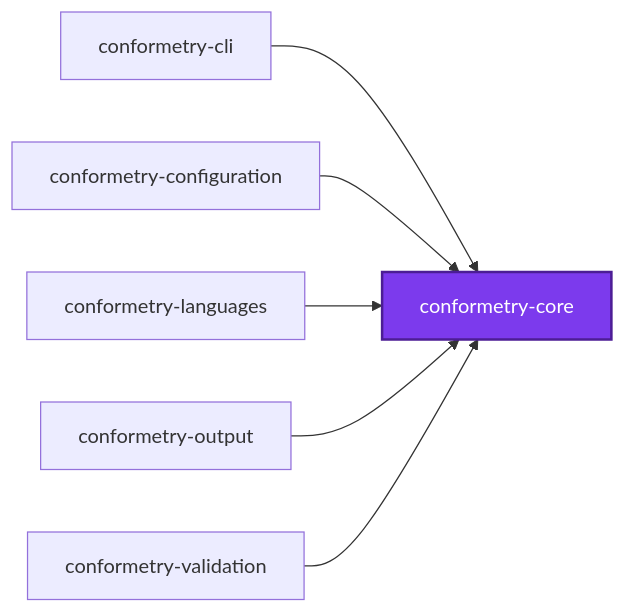
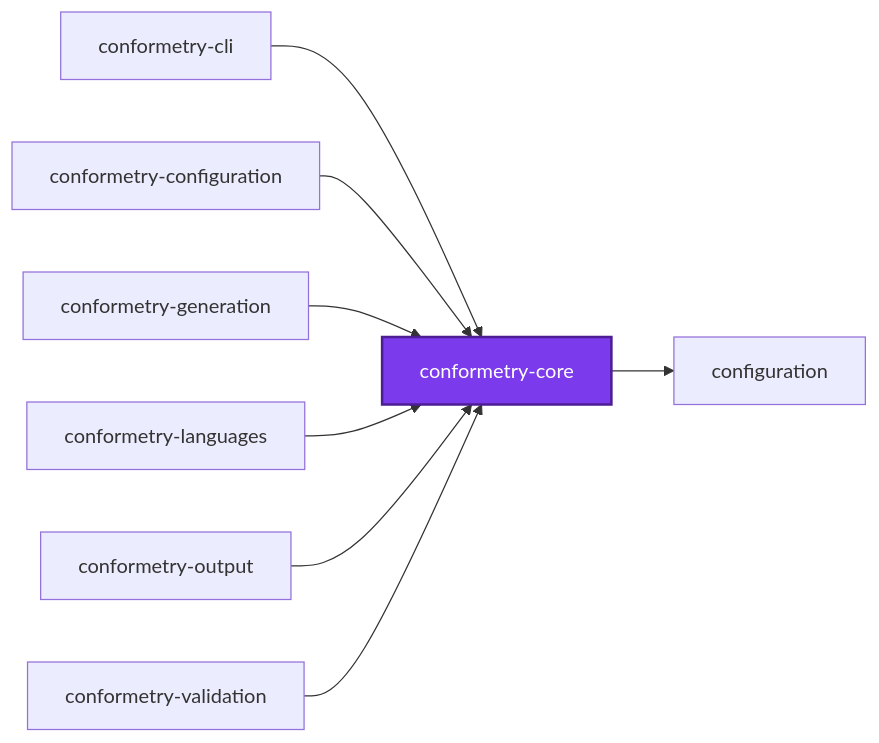
One commit to organizzolini/codebase changed the first of 3 diagrams in projects/ic-suite/conformetry/conformetry-core/README.md. Above: the diagram before and after it, drawn with Mermaid. The commit also changed 68 other files, not shown here.

````diff
--- a/projects/ic-suite/conformetry/conformetry-core/README.md
+++ b/projects/ic-suite/conformetry/conformetry-core/README.md
@@ -163,16 +163,20 @@
 ```mermaid
 graph LR
+  configuration["configuration"]
   conformetry_cli["conformetry-cli"]
   conformetry_configuration["conformetry-configuration"]
   conformetry_core["conformetry-core"]
+  conformetry_generation["conformetry-generation"]
   conformetry_languages["conformetry-languages"]
   conformetry_output["conformetry-output"]
   conformetry_validation["conformetry-validation"]
   conformetry_cli --> conformetry_core
   conformetry_configuration --> conformetry_core
+  conformetry_core --> configuration
+  conformetry_generation --> conformetry_core
   conformetry_languages --> conformetry_core
   conformetry_output --> conformetry_core
   conformetry_validation --> conformetry_core
   classDef subject fill:#7c3aed,color:#fff,stroke:#4c1d95,stroke-width:2px
   class conformetry_core subject
 ```
````
